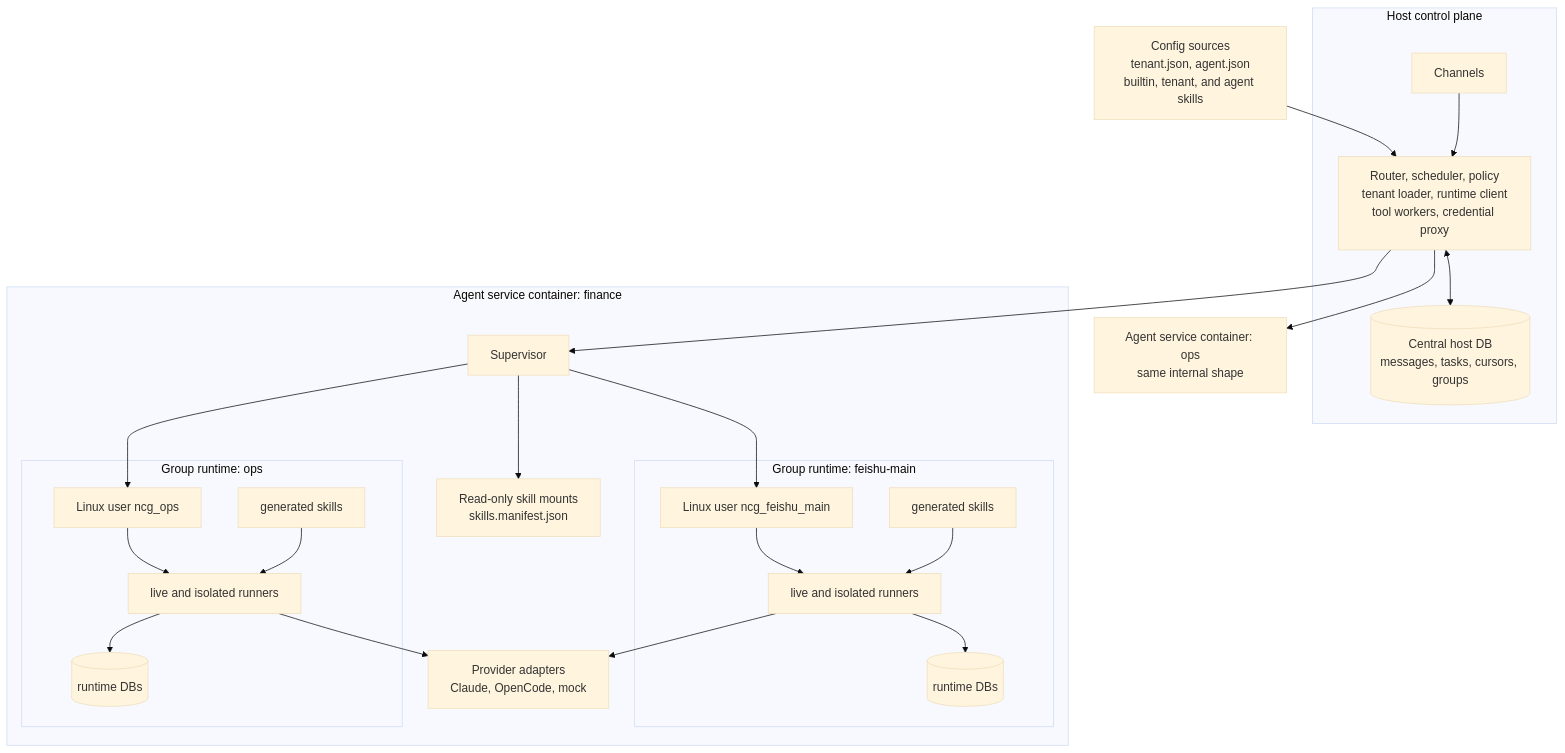
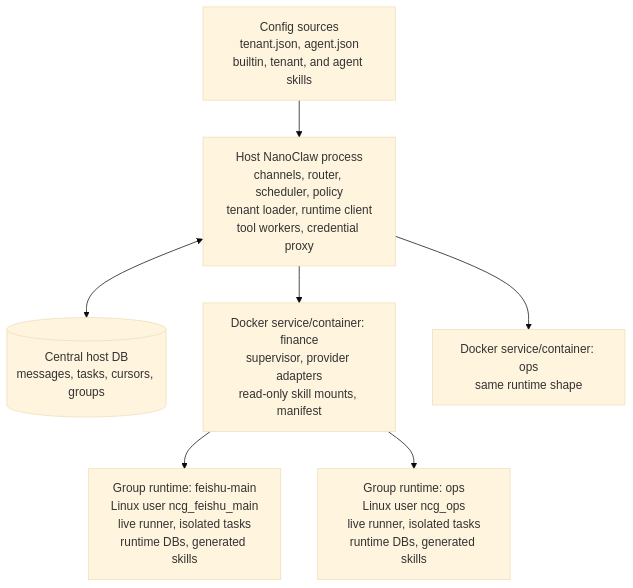
Before and after one commit to xi-qian/nanoclaw: the first of 7 diagrams in docs/runtime-rework/TARGET_ARCHITECTURE_DETAILS.md, drawn with Mermaid (base theme). The commit also changed other lines of this file, not shown here.

Commit message:
docs: make architecture overview diagram vertical

````diff
--- a/docs/runtime-rework/TARGET_ARCHITECTURE_DETAILS.md
+++ b/docs/runtime-rework/TARGET_ARCHITECTURE_DETAILS.md
@@ -21,49 +21,17 @@
 ```mermaid
-flowchart TB
+flowchart TD
   Config["Config sources<br/>tenant.json, agent.json<br/>builtin, tenant, and agent skills"]
+  Host["Host NanoClaw process<br/>channels, router, scheduler, policy<br/>tenant loader, runtime client<br/>tool workers, credential proxy"]
+  HostDb[("Central host DB<br/>messages, tasks, cursors, groups")]
+  AgentFinance["Docker service/container: finance<br/>supervisor, provider adapters<br/>read-only skill mounts, manifest"]
+  AgentOps["Docker service/container: ops<br/>same runtime shape"]
+  GroupMain["Group runtime: feishu-main<br/>Linux user ncg_feishu_main<br/>live runner, isolated tasks<br/>runtime DBs, generated skills"]
+  GroupOps["Group runtime: ops<br/>Linux user ncg_ops<br/>live runner, isolated tasks<br/>runtime DBs, generated skills"]
 
-  subgraph Host["Host control plane"]
-    Channels["Channels"]
-    Core["Router, scheduler, policy<br/>tenant loader, runtime client<br/>tool workers, credential proxy"]
-    HostDb[("Central host DB<br/>messages, tasks, cursors, groups")]
-  end
-
-  subgraph AgentA["Agent service container: finance"]
-    SupervisorA["Supervisor"]
-    SkillsA["Read-only skill mounts<br/>skills.manifest.json"]
-    ProvidersA["Provider adapters<br/>Claude, OpenCode, mock"]
-
-    subgraph GroupA1["Group runtime: feishu-main"]
-      UserA1["Linux user ncg_feishu_main"]
-      RunnerA1["live and isolated runners"]
-      DbA1[("runtime DBs")]
-      GenA1["generated skills"]
-    end
-
-    subgraph GroupA2["Group runtime: ops"]
-      UserA2["Linux user ncg_ops"]
-      RunnerA2["live and isolated runners"]
-      DbA2[("runtime DBs")]
-      GenA2["generated skills"]
-    end
-  end
-
-  AgentB["Agent service container: ops<br/>same internal shape"]
-
-  Config --> Core
-  Channels --> Core
-  Core <--> HostDb
-  Core --> SupervisorA
-  Core --> AgentB
-  SupervisorA --> SkillsA
-  SupervisorA --> UserA1
-  SupervisorA --> UserA2
-  UserA1 --> RunnerA1
-  RunnerA1 --> DbA1
-  RunnerA1 --> ProvidersA
-  GenA1 --> RunnerA1
-  UserA2 --> RunnerA2
-  RunnerA2 --> DbA2
-  RunnerA2 --> ProvidersA
-  GenA2 --> RunnerA2
+  Config --> Host
+  Host <--> HostDb
+  Host --> AgentFinance
+  Host --> AgentOps
+  AgentFinance --> GroupMain
+  AgentFinance --> GroupOps
 ```
````
